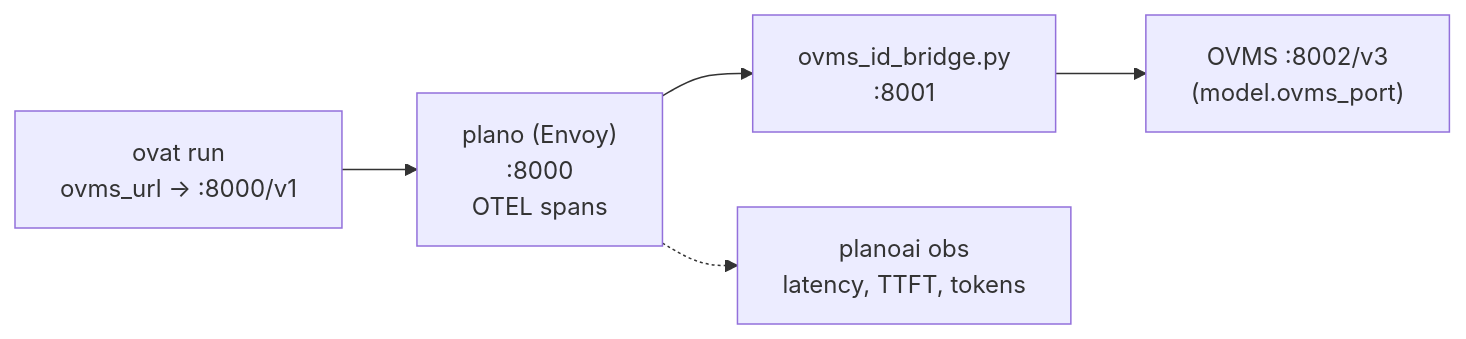
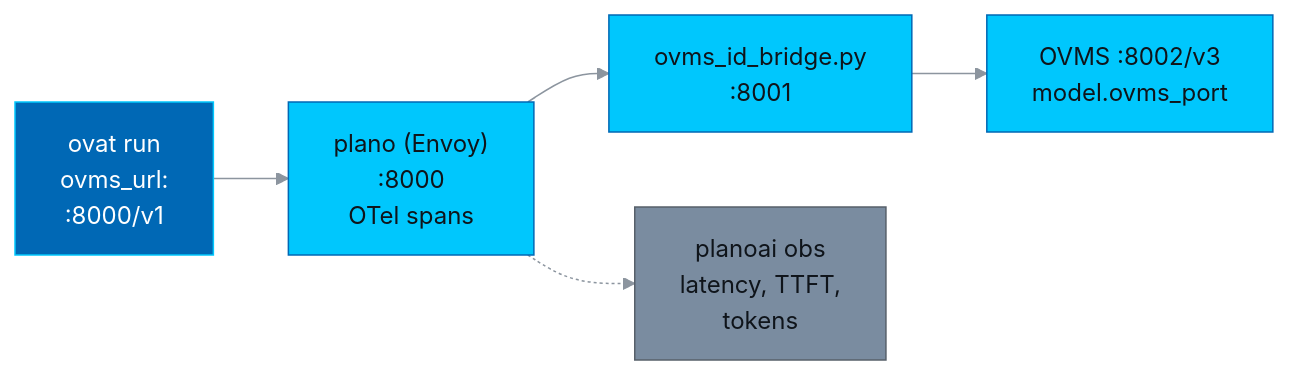
Before and after one commit to Lagmator22/ovat: diagram 11 of 11 in docs/ARCHITECTURE.md, drawn with Mermaid. The commit also changed other lines of this file and 1 other file, not shown here.

First line of the commit message:
docs: colour the Mermaid diagrams and fix labels that were cut off

````diff
--- a/docs/ARCHITECTURE.md
+++ b/docs/ARCHITECTURE.md
@@ -897,7 +1015,15 @@
 ```mermaid
+%%{init: {"theme": "base", "themeVariables": {"primaryColor": "#D0D7DE", "primaryTextColor": "#1F2328", "primaryBorderColor": "#8C959F", "lineColor": "#8C959F", "textColor": "#1F2328", "edgeLabelBackground": "#D0D7DE", "clusterBkg": "transparent", "clusterBorder": "#7A8CA0", "titleColor": "#7A8CA0"}}}%%
 flowchart LR
-    OVAT["ovat run<br/>ovms_url → :8000/v1"] --> Plano["plano (Envoy)<br/>:8000<br/>OTEL spans"]
+    OVAT["ovat run<br/>ovms_url:<br/>:8000/v1"] --> Plano["plano (Envoy)<br/>:8000<br/>OTel spans"]
     Plano --> Bridge["ovms_id_bridge.py<br/>:8001"]
-    Bridge --> OVMS["OVMS :8002/v3<br/>(model.ovms_port)"]
-    Plano -.-> Obs["planoai obs<br/>latency, TTFT, tokens"]
+    Bridge --> OVMS["OVMS :8002/v3<br/>model.ovms_port"]
+    Plano -.-> Obs["planoai obs<br/>latency, TTFT,<br/>tokens"]
+
+    classDef cli fill:#0068B5,stroke:#00C7FD,color:#FFFFFF
+    classDef backend fill:#00C7FD,stroke:#0068B5,color:#0F141A
+    classDef telemetry fill:#7A8CA0,stroke:#57606A,color:#0F141A
+    class OVAT cli
+    class Plano,Bridge,OVMS backend
+    class Obs telemetry
 ```
````
